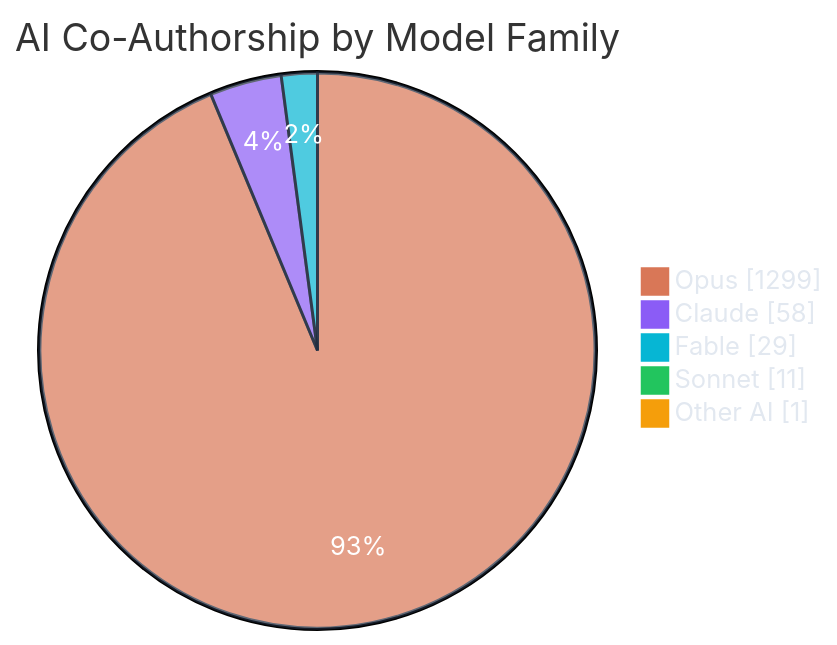
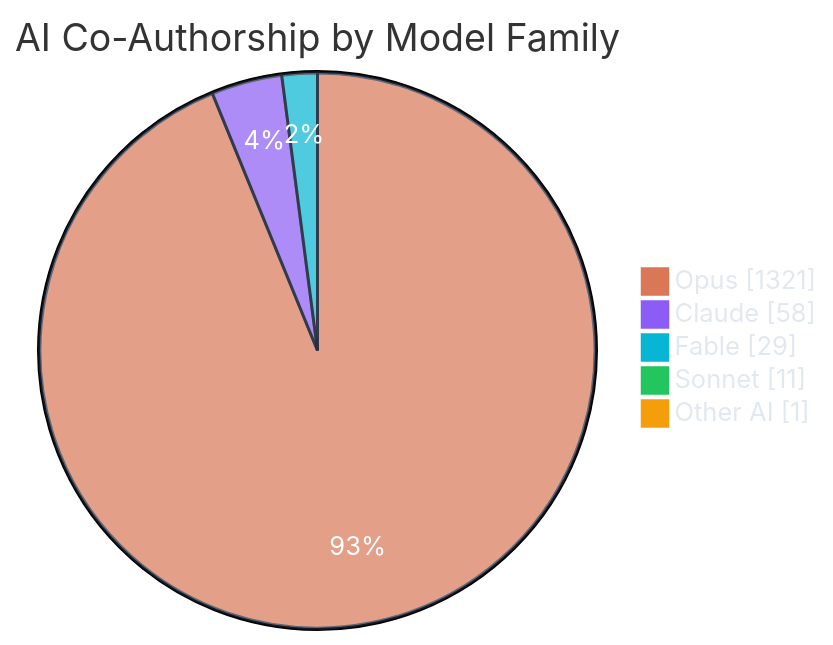
Before and after one commit to polo-nyan/polo-nyan: the third of 7 diagrams in README.md, drawn with Mermaid. The commit also changed other lines of this file and 1 other file, not shown here.

````diff
--- a/README.md
+++ b/README.md
@@ -279,10 +279,10 @@
 ```mermaid
 %%{init: {"theme": "base", "themeVariables": { "pie1": "#d97757", "pie2": "#8b5cf6", "pie3": "#06b6d4", "pie4": "#22c55e", "pie5": "#f59e0b", "pie6": "#ec4899", "pieTextColor": "#ffffff", "pieLegendTextColor": "#e2e8f0", "pieSectionTextColor": "#ffffff", "pieStrokeColor": "#1e293b" }}}%%
 pie showData
     title AI Co-Authorship by Model Family
-    "Opus" : 1299
+    "Opus" : 1321
     "Claude" : 58
     "Fable" : 29
     "Sonnet" : 11
     "Other AI" : 1
 ```
````
